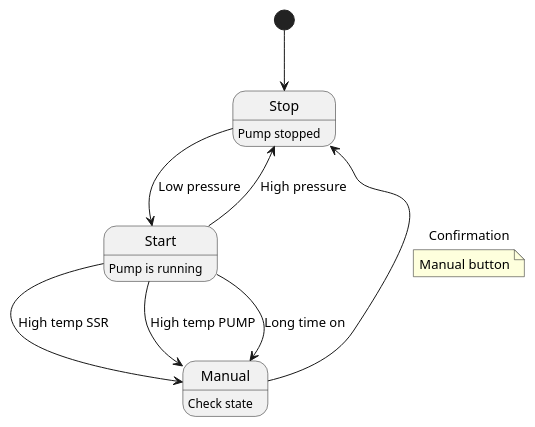
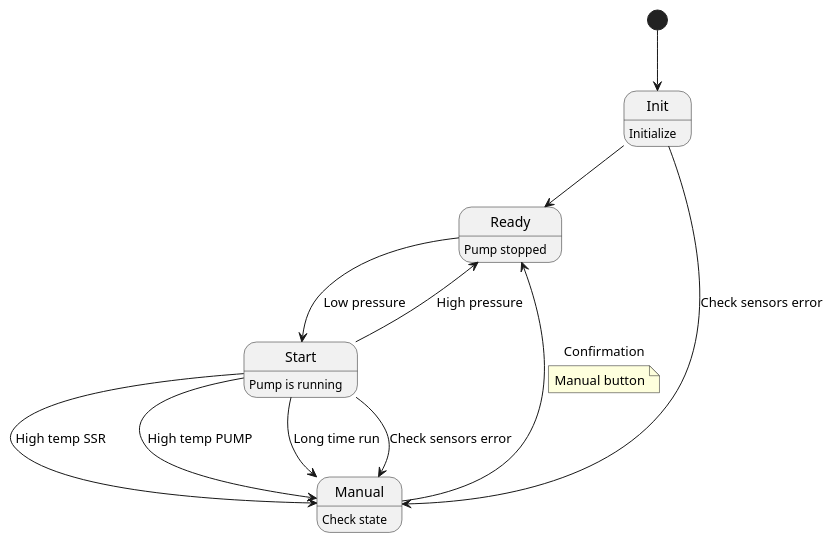
Before and after one commit to bathoryr/test-projects: the diagram in water-pump/doc/state.puml, drawn with PlantUML. The commit also changed 6 other files, not shown here.

```diff
--- a/water-pump/doc/state.puml
+++ b/water-pump/doc/state.puml
@@ -1,15 +1,19 @@
 @startuml
-[*] --> Stop
+[*] --> Init
+Init: Initialize
 Start: Pump is running
-Stop: Pump stopped
+Ready: Pump stopped
 Manual: Check state
-Stop --> Start : Low pressure
-Start --> Stop : High pressure
+Init --> Ready
+Init --> Manual : Check sensors error
+Ready --> Start : Low pressure
+Start --> Ready : High pressure
 Start --> Manual : High temp SSR
 Start --> Manual : High temp PUMP
-Start --> Manual : Long time on
-Manual --> Stop : Confirmation
+Start --> Manual : Long time run
+Start --> Manual : Check sensors error
+Manual --> Ready : Confirmation
 note on link
   Manual button
 end note
 @enduml
```
